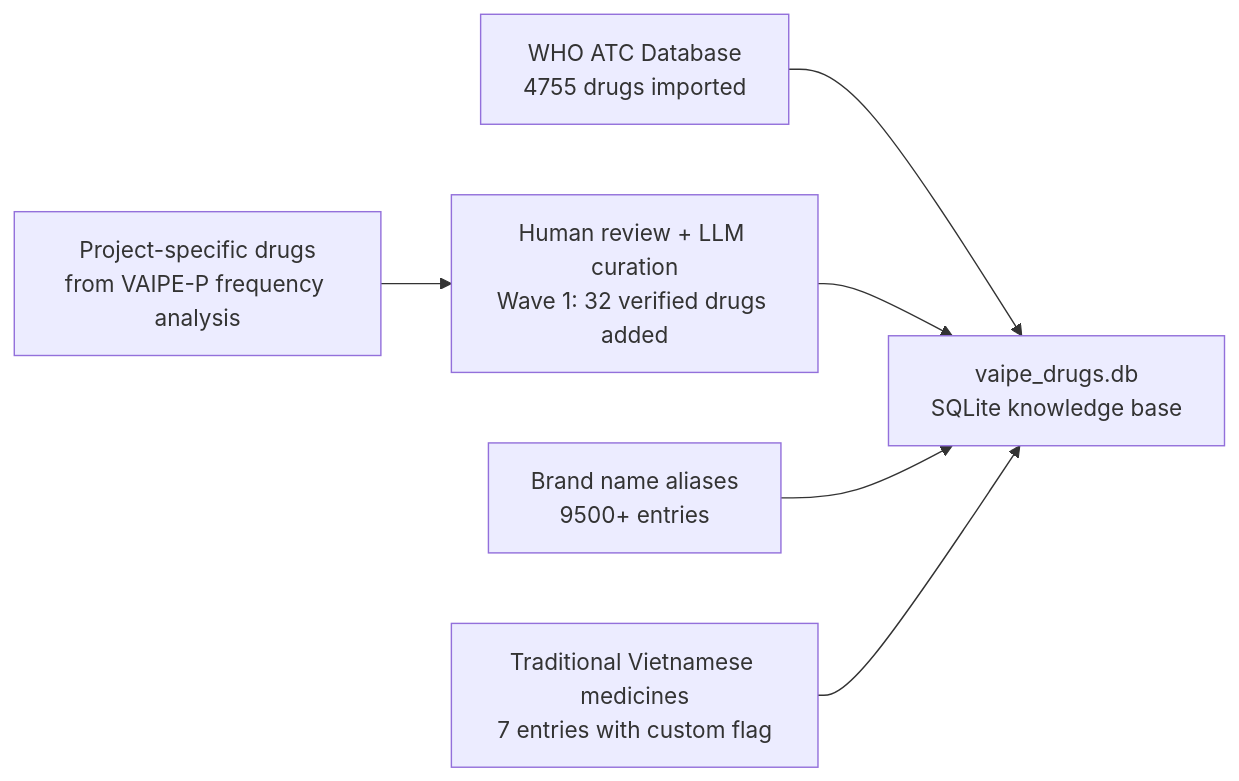
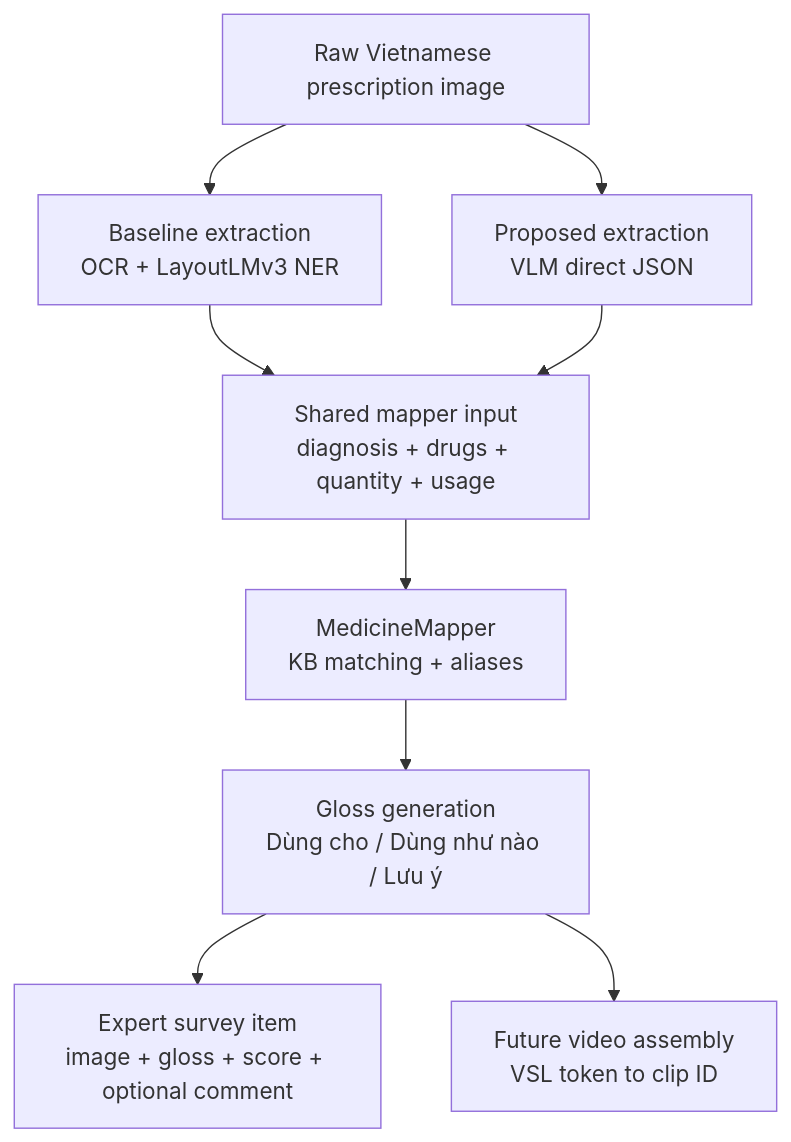
The diagram in docs/PIPELINE_OVERVIEW.md (viti1igo/VSL26), drawn with Mermaid before and after one commit. The commit also changed other lines of this file and 44 other files, not shown here.

Commit message:
Document VSL extraction study workflow

````diff
--- a/docs/PIPELINE_OVERVIEW.md
+++ b/docs/PIPELINE_OVERVIEW.md
@@ -44,8 +9,11 @@
 ```mermaid
-flowchart LR
-    A["WHO ATC Database<br/>4755 drugs imported"] --> D["vaipe_drugs.db<br/>SQLite knowledge base"]
-    B["Project-specific drugs<br/>from VAIPE-P frequency analysis"] --> C["Human review + LLM curation<br/>Wave 1: 32 verified drugs added"]
+flowchart TD
+    A["Raw Vietnamese prescription image"] --> B["Baseline extraction<br/>OCR + LayoutLMv3 NER"]
+    A --> C["Proposed extraction<br/>VLM direct JSON"]
+    B --> D["Shared mapper input<br/>diagnosis + drugs + quantity + usage"]
     C --> D
-    E["Brand name aliases<br/>9500+ entries"] --> D
-    F["Traditional Vietnamese medicines<br/>7 entries with custom flag"] --> D
+    D --> E["MedicineMapper<br/>KB matching + aliases"]
+    E --> F["Gloss generation<br/>Dùng cho / Dùng như nào / Lưu ý"]
+    F --> G["Expert survey item<br/>image + gloss + score + optional comment"]
+    F --> H["Future video assembly<br/>VSL token to clip ID"]
 ```
````
